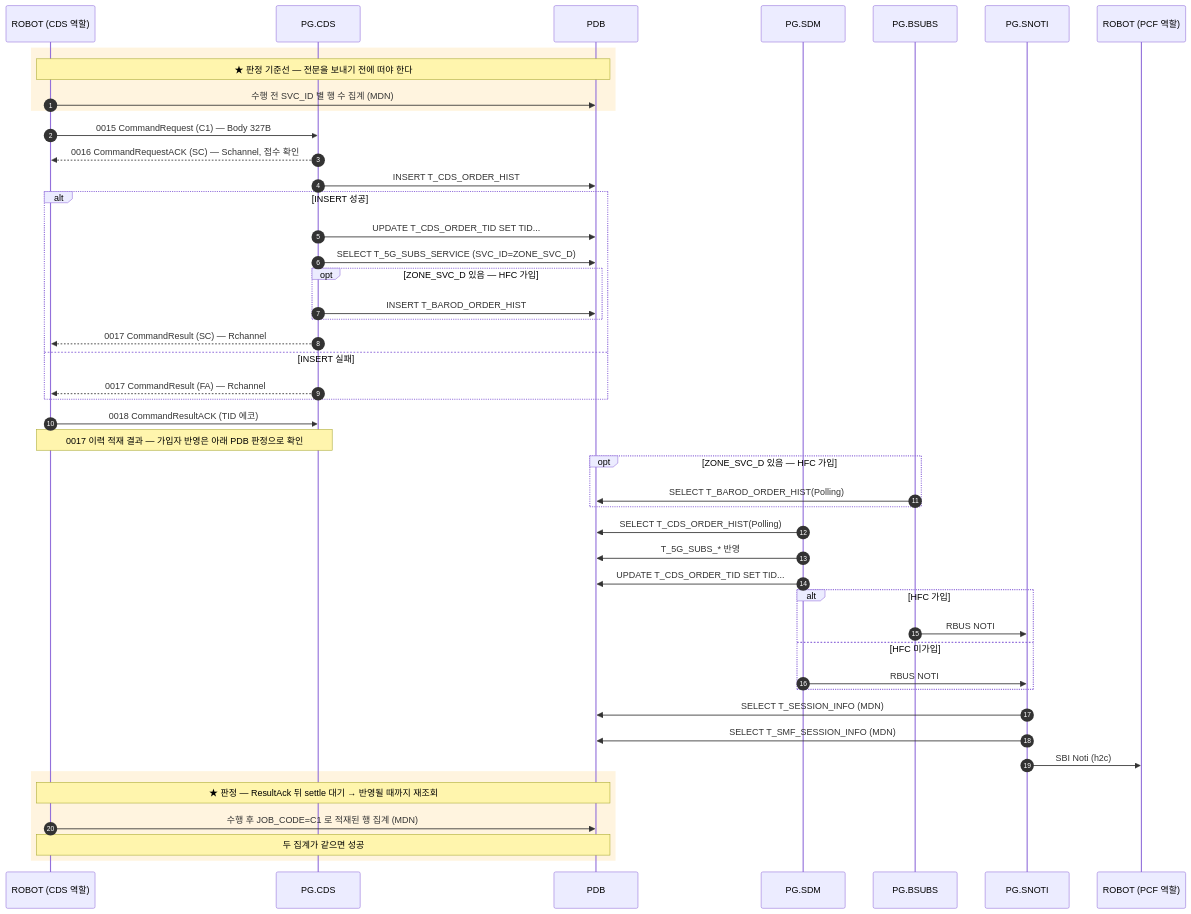
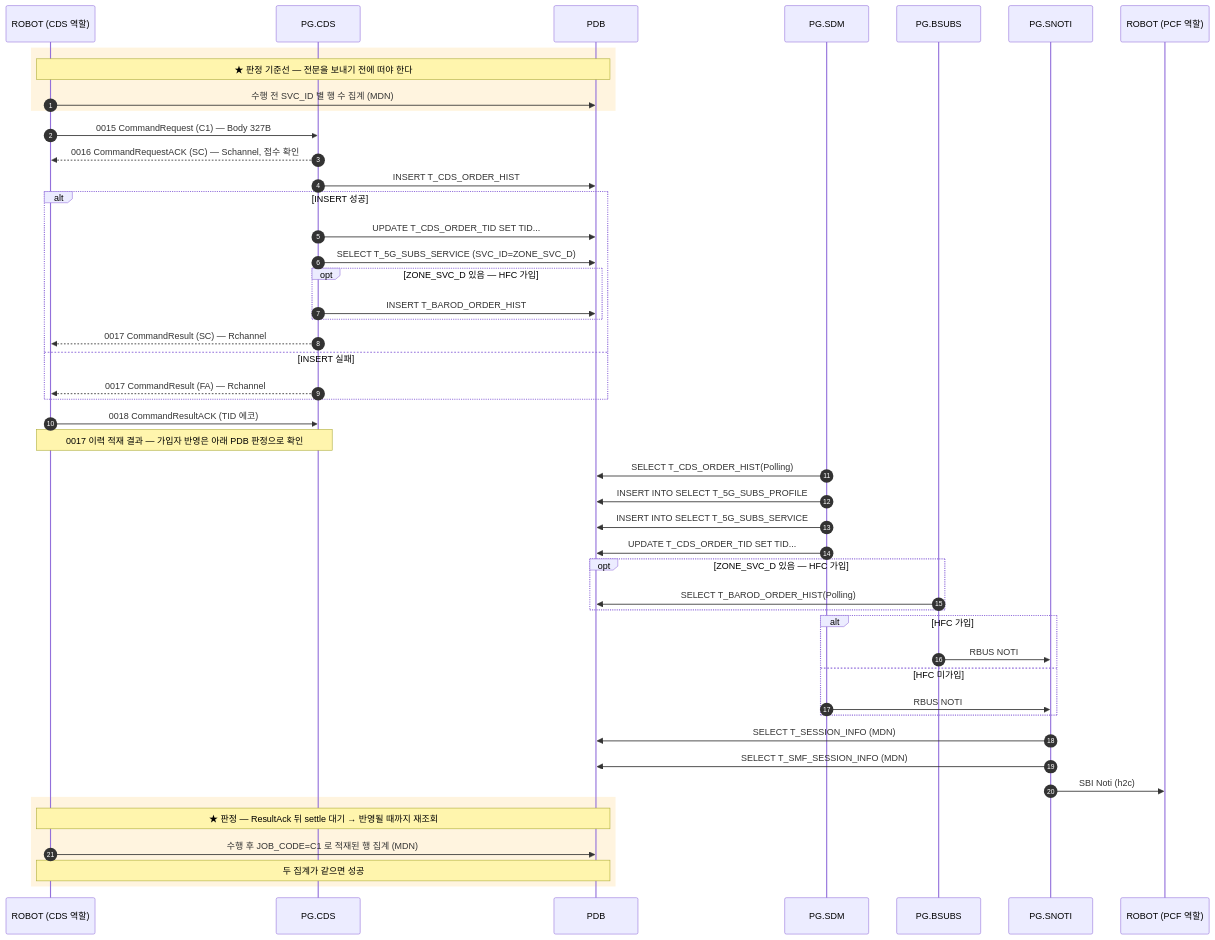
Before and after one commit to IanKim2030/tc4robot: the diagram in docs/callflow/CDS_C1.md, drawn with Mermaid.

Commit message:
--- a/docs/callflow/CDS_C1.md +++ b/docs/callflow/CDS_C1.md @@ -45,12 +45,14 @@ sequenceDiagram      TOOL->>PCDS: 0018 CommandResultACK (TID 에코)      Note over TOOL,PCDS: 0017 이력 적재 결과 — 가입자 반영은 아래 PDB 판정으로 확인
+    SDM->>PDB: SELECT T_CDS_ORDER_HIST(Polling)
+    SDM->>PDB: INSERT INTO SELECT T_5G_SUBS_PROFILE
+    SDM->>PDB: INSERT INTO SELECT T_5G_SUBS_SERVICE
+    SDM->>PDB: UPDATE T_CDS_ORDER_TID SET TID...
+
     opt ZONE_SVC_D 있음 — HFC 가입
         BSUBS->>PDB: SELECT T_BAROD_ORDER_HIST(Polling)
     end
-    SDM->>PDB: SELECT T_CDS_ORDER_HIST(Polling)
-    SDM->>PDB: T_5G_SUBS_* 반영
-    SDM->>PDB: UPDATE T_CDS_ORDER_TID SET TID...
     alt HFC 가입
         BSUBS->>SNOTI: RBUS NOTI
     else HFC 미가입

````diff
--- a/docs/callflow/CDS_C1.md
+++ b/docs/callflow/CDS_C1.md
@@ -17,51 +17,53 @@
 ```mermaid
 sequenceDiagram
     autonumber
     participant TOOL as ROBOT (CDS 역할)
     participant PCDS as PG.CDS
     participant PDB as PDB
     participant SDM as PG.SDM
     participant BSUBS as PG.BSUBS
     participant SNOTI as PG.SNOTI
     participant PCF as ROBOT (PCF 역할)
 
     rect rgba(255, 176, 32, 0.14)
     Note over TOOL,PDB: ★ 판정 기준선 — 전문을 보내기 전에 떠야 한다
         TOOL->>PDB: 수행 전 SVC_ID 별 행 수 집계 (MDN)
     end
     TOOL->>PCDS: 0015 CommandRequest (C1) — Body 327B
     PCDS-->>TOOL: 0016 CommandRequestACK (SC) — Schannel, 접수 확인
     PCDS->>PDB: INSERT T_CDS_ORDER_HIST
     alt INSERT 성공
         PCDS->>PDB: UPDATE T_CDS_ORDER_TID SET TID...
         PCDS->>PDB: SELECT T_5G_SUBS_SERVICE (SVC_ID=ZONE_SVC_D)
         opt ZONE_SVC_D 있음 — HFC 가입
             PCDS->>PDB: INSERT T_BAROD_ORDER_HIST
         end
         PCDS-->>TOOL: 0017 CommandResult (SC) — Rchannel
     else INSERT 실패
         PCDS-->>TOOL: 0017 CommandResult (FA) — Rchannel
     end
     TOOL->>PCDS: 0018 CommandResultACK (TID 에코)
     Note over TOOL,PCDS: 0017 이력 적재 결과 — 가입자 반영은 아래 PDB 판정으로 확인
 
+    SDM->>PDB: SELECT T_CDS_ORDER_HIST(Polling)
+    SDM->>PDB: INSERT INTO SELECT T_5G_SUBS_PROFILE
+    SDM->>PDB: INSERT INTO SELECT T_5G_SUBS_SERVICE
+    SDM->>PDB: UPDATE T_CDS_ORDER_TID SET TID...
+
     opt ZONE_SVC_D 있음 — HFC 가입
         BSUBS->>PDB: SELECT T_BAROD_ORDER_HIST(Polling)
     end
-    SDM->>PDB: SELECT T_CDS_ORDER_HIST(Polling)
-    SDM->>PDB: T_5G_SUBS_* 반영
-    SDM->>PDB: UPDATE T_CDS_ORDER_TID SET TID...
     alt HFC 가입
         BSUBS->>SNOTI: RBUS NOTI
     else HFC 미가입
         SDM->>SNOTI: RBUS NOTI
     end
     SNOTI->>PDB: SELECT T_SESSION_INFO (MDN)
     SNOTI->>PDB: SELECT T_SMF_SESSION_INFO (MDN)
     SNOTI->>PCF: SBI Noti (h2c)
     rect rgba(255, 176, 32, 0.14)
     Note over TOOL,PDB: ★ 판정 — ResultAck 뒤 settle 대기 → 반영될 때까지 재조회
         TOOL->>PDB: 수행 후 JOB_CODE=C1 로 적재된 행 집계 (MDN)
         Note over TOOL,PDB: 두 집계가 같으면 성공
     end
 ```
````
